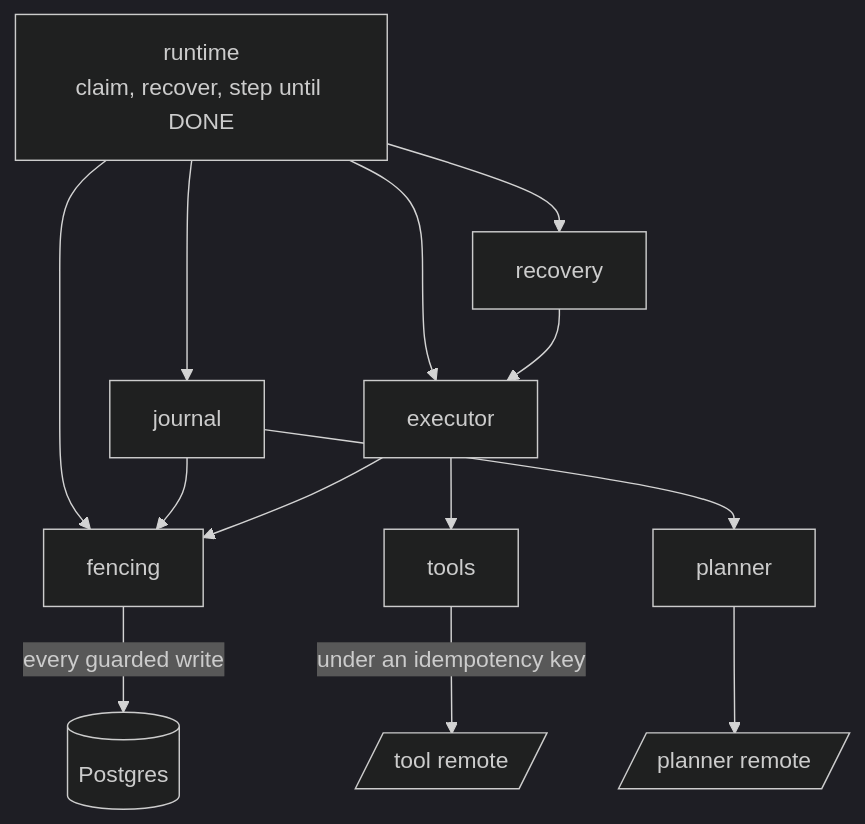
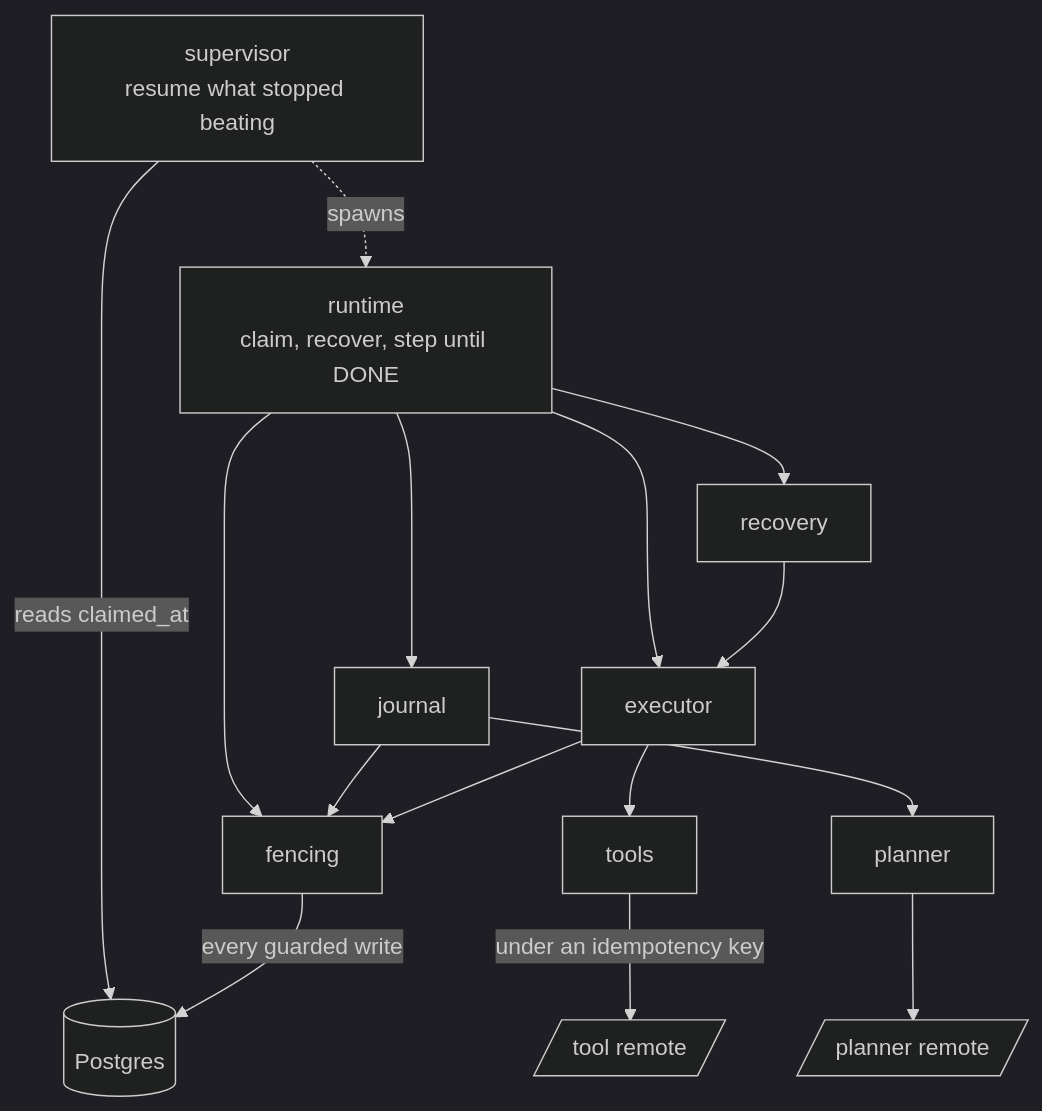
The first of 5 diagrams in ARCHITECTURE.md (Antrikshgwal/Agent-execution-runtime), drawn with Mermaid (dark theme) before and after one commit. The commit also changed other lines of this file and 2 other files, not shown here.

````diff
--- a/ARCHITECTURE.md
+++ b/ARCHITECTURE.md
@@ -38,31 +40,36 @@
 ```mermaid
 flowchart TB
     rt["runtime<br/>claim, recover, step until DONE"]
 
     rec["recovery"]
     jr["journal"]
     ex["executor"]
 
     pl["planner"]
     fn["fencing"]
     tl["tools"]
 
     llm[/"planner remote"/]
     pg[("Postgres")]
     cloud[/"tool remote"/]
 
+    sup["supervisor<br/>resume what stopped beating"]
+
     rt --> rec
     rt --> jr
     rt --> ex
     rt --> fn
     rec --> ex
+
+    sup -. spawns .-> rt
+    sup -- reads claimed_at --> pg
 
     jr --> pl
     jr --> fn
     ex --> fn
     ex --> tl
 
     pl --> llm
     fn -- every guarded write --> pg
     tl -- under an idempotency key --> cloud
 ```
````
